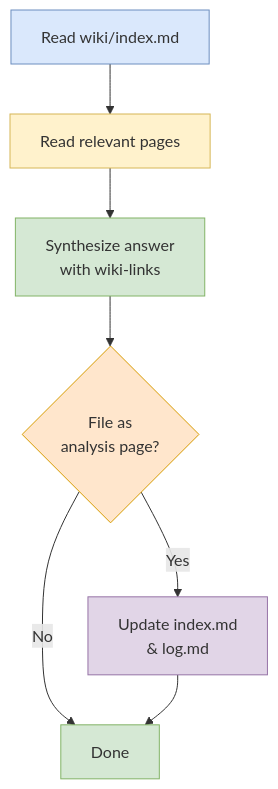
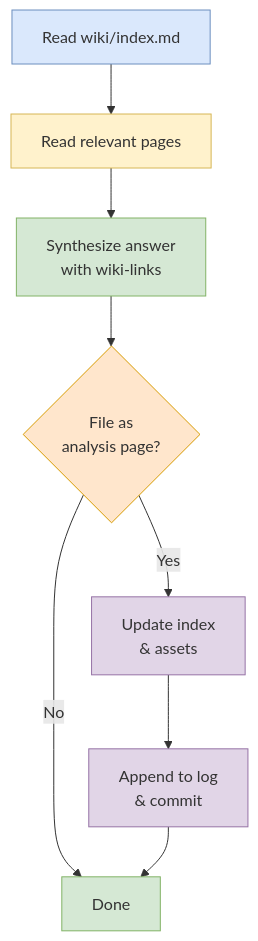
One commit to CompleteTech-LLC-AI-Research/beyond-the-token-bottleneck changed the diagram in workflows/query/query.md. Above: the diagram before and after it, drawn with Mermaid. The commit also changed other lines of this file, not shown here.

Commit message:
refactor(workflow): trim query.md — add missing commit chain, use file paths in references
Replace inline index/log update description in step 4 with proper
chaining to update-index-and-assets (step 5) and an explicit log
append step (step 6) before commit-and-push (step 7). Update Mermaid
diagram to reflect the new commit node.

````diff
--- a/workflows/query/query.md
+++ b/workflows/query/query.md
@@ -3,16 +3,18 @@
 ```mermaid
 graph TD
     A["Read wiki/index.md"] --> B["Read relevant pages"]
     B --> C["Synthesize answer<br>with wiki-links"]
     C --> D{"File as<br>analysis page?"}
-    D -- Yes --> E["Update index.md<br>& log.md"]
-    D -- No --> F["Done"]
-    E --> F
+    D -- Yes --> E["Update index<br>& assets"]
+    D -- No --> G["Done"]
+    E --> F["Append to log<br>& commit"]
+    F --> G
 
     style A fill:#dae8fc,stroke:#6c8ebf,color:#333
     style B fill:#fff2cc,stroke:#d6b656,color:#333
     style C fill:#d5e8d4,stroke:#82b366,color:#333
     style D fill:#ffe6cc,stroke:#d79b00,color:#333
     style E fill:#e1d5e7,stroke:#9673a6,color:#333
-    style F fill:#d5e8d4,stroke:#82b366,color:#333
+    style F fill:#e1d5e7,stroke:#9673a6,color:#333
+    style G fill:#d5e8d4,stroke:#82b366,color:#333
 ```
````
